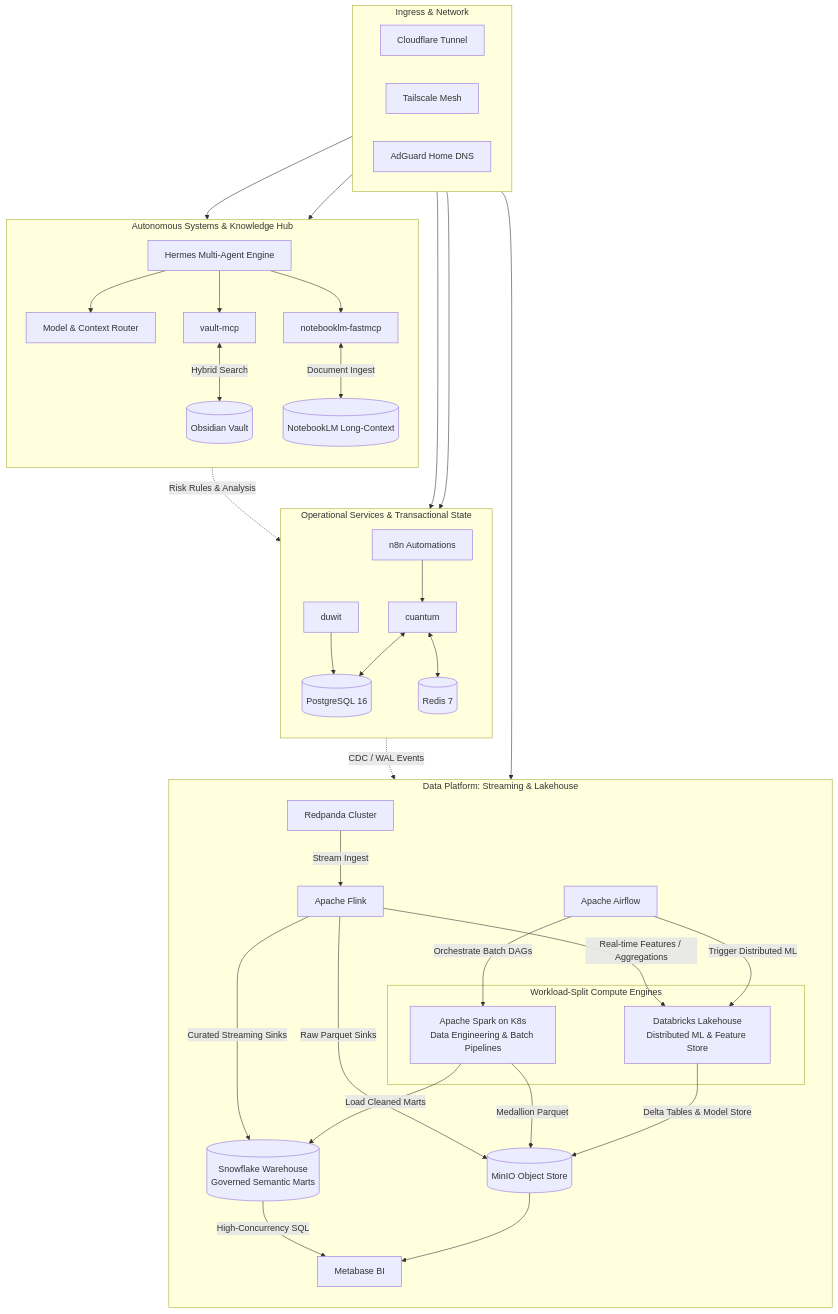
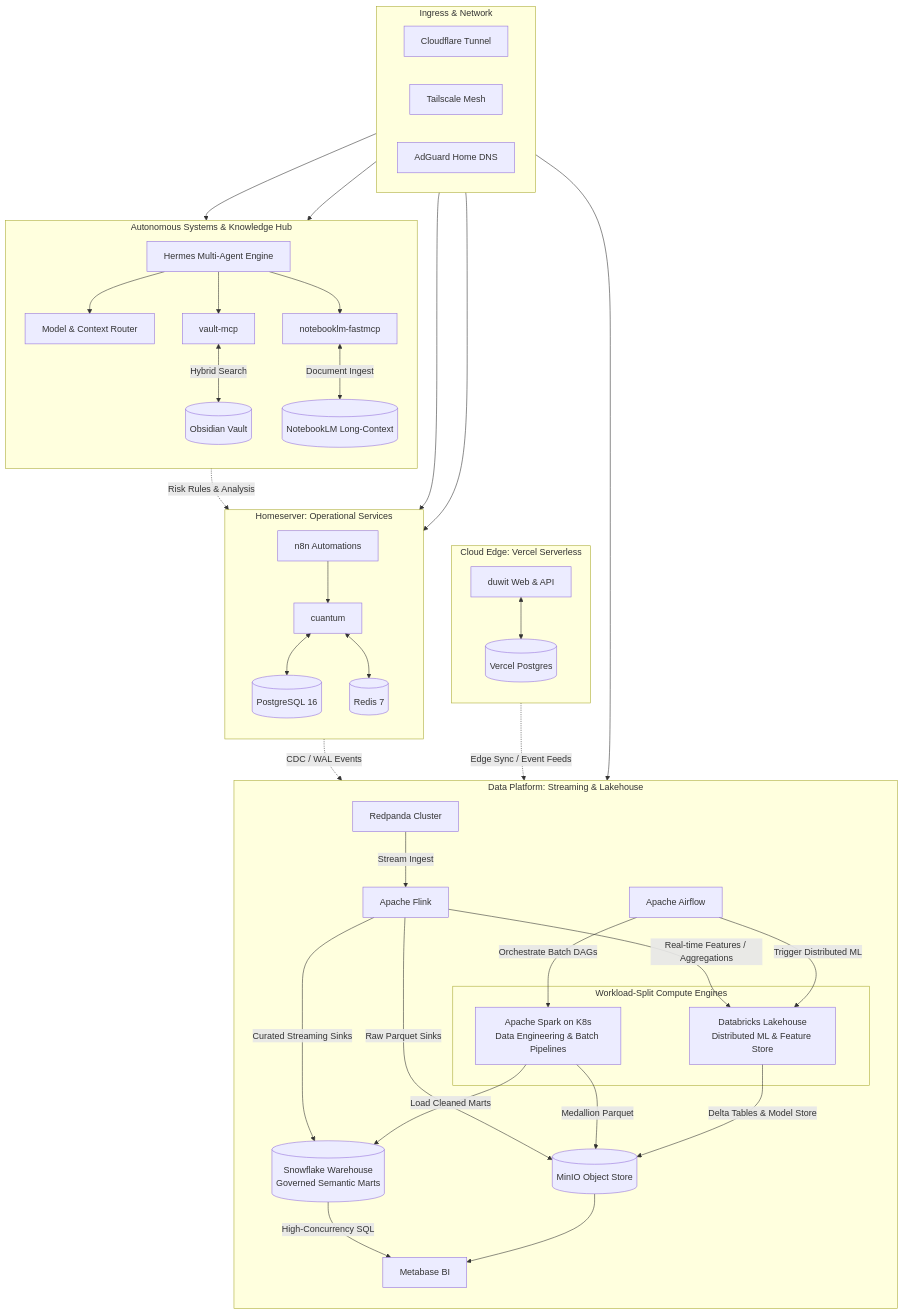
The diagram in README.md (mpandudc/mpandudc), drawn with Mermaid before and after one commit. The commit also changed other lines of this file, not shown here.

Commit message:
docs: separate duwit into Vercel serverless cloud edge cluster (FE, BE, Vercel Postgres) syncing to lakehouse

````diff
--- a/README.md
+++ b/README.md
@@ -17,75 +17,81 @@
 ```mermaid
 flowchart TB
     subgraph INGRESS [Ingress & Network]
         direction LR
         CF[Cloudflare Tunnel]
         TS[Tailscale Mesh]
         DNS[AdGuard Home DNS]
     end
 
-    subgraph APPS_OPS [Operational Services & Transactional State]
+    subgraph CLOUD_EDGE [Cloud Edge: Vercel Serverless]
+        direction TB
+        DUWIT[duwit Web & API]
+        DUWIT_DB[(Vercel Postgres)]
+        DUWIT <--> DUWIT_DB
+    end
+
+    subgraph APPS_OPS [Homeserver: Operational Services]
         direction TB
         CUANTUM[cuantum]
-        DUWIT[duwit]
         N8N[n8n Automations]
         PG[(PostgreSQL 16)]
         REDIS[(Redis 7)]
 
         CUANTUM <--> PG
         CUANTUM <--> REDIS
-        DUWIT --> PG
         N8N --> CUANTUM
     end
 
     subgraph DATA_PLATFORM [Data Platform: Streaming & Lakehouse]
         direction TB
         REDPANDA[Redpanda Cluster]
         FLINK[Apache Flink]
         AIRFLOW[Apache Airflow]
         MINIO[(MinIO Object Store)]
         
         subgraph COMPUTE_SPLIT [Workload-Split Compute Engines]
             SPARK[Apache Spark on K8s<br/>Data Engineering & Batch Pipelines]
             DATABRICKS[Databricks Lakehouse<br/>Distributed ML & Feature Store]
         end
         
         SNOWFLAKE[(Snowflake Warehouse<br/>Governed Semantic Marts)]
         METABASE[Metabase BI]
 
         PG -.->|CDC / WAL Events| REDPANDA
+        DUWIT_DB -.->|Edge Sync / Event Feeds| REDPANDA
         REDPANDA -->|Stream Ingest| FLINK
         FLINK -->|Real-time Features / Aggregations| DATABRICKS
         FLINK -->|Curated Streaming Sinks| SNOWFLAKE
         FLINK -->|Raw Parquet Sinks| MINIO
         AIRFLOW -->|Orchestrate Batch DAGs| SPARK
         AIRFLOW -->|Trigger Distributed ML| DATABRICKS
         SPARK -->|Medallion Parquet| MINIO
         DATABRICKS -->|Delta Tables & Model Store| MINIO
         SPARK -->|Load Cleaned Marts| SNOWFLAKE
         SNOWFLAKE -->|High-Concurrency SQL| METABASE
         MINIO --> METABASE
     end
 
     subgraph AI_KNOWLEDGE [Autonomous Systems & Knowledge Hub]
         direction TB
         HERMES[Hermes Multi-Agent Engine]
         ROUTER[Model & Context Router]
         VAULT_MCP[vault-mcp]
         NLM_MCP[notebooklm-fastmcp]
         OBSIDIAN[(Obsidian Vault)]
         NLM_ENGINE[(NotebookLM Long-Context)]
 
         HERMES --> ROUTER
         HERMES --> VAULT_MCP
         HERMES --> NLM_MCP
         VAULT_MCP <-->|Hybrid Search| OBSIDIAN
         NLM_MCP <-->|Document Ingest| NLM_ENGINE
         HERMES -.->|Risk Rules & Analysis| CUANTUM
     end
 
     CF --> CUANTUM
     CF --> ROUTER
     TS --> DATA_PLATFORM
     TS --> AI_KNOWLEDGE
     TS --> APPS_OPS
 ```
````
